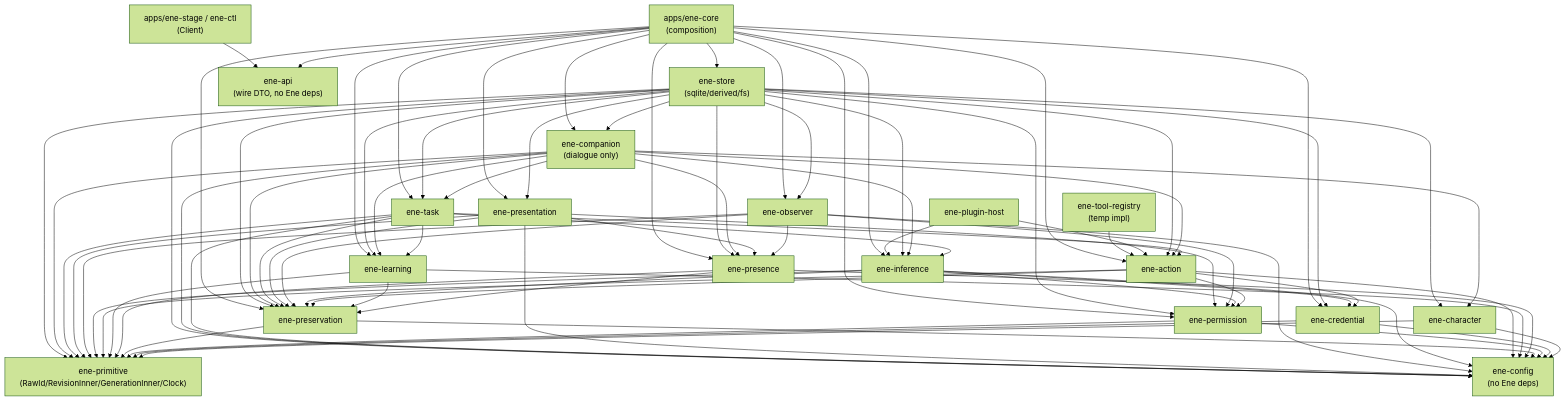
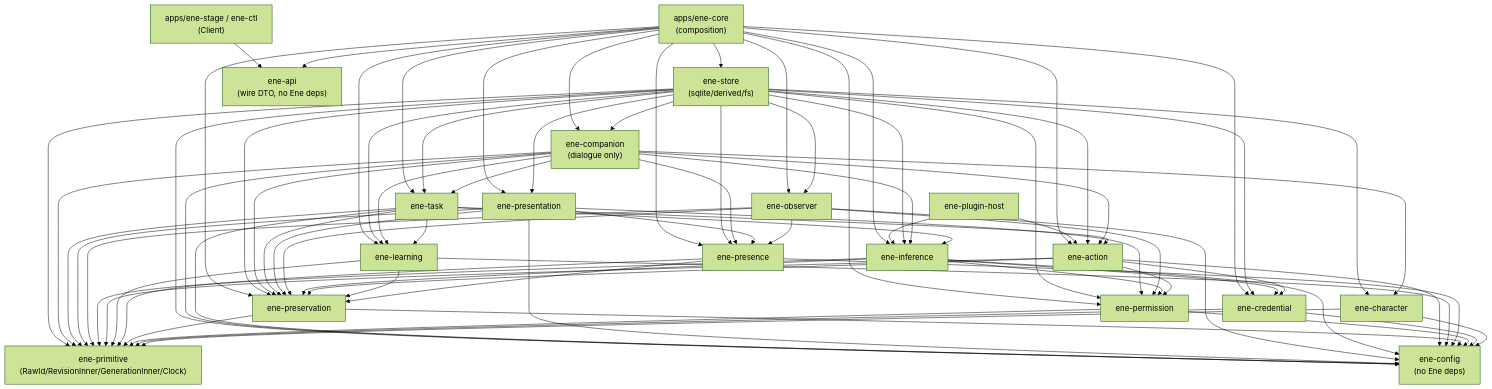
One commit to pexisgle/ene changed the diagram in docs/design/concrete/crate-module-decomposition.md. Above: the diagram before and after it, drawn with Mermaid (forest theme). The commit also changed other lines of this file and 3 other files, not shown here.

```diff
--- a/docs/design/concrete/crate-module-decomposition.md
+++ b/docs/design/concrete/crate-module-decomposition.md
@@ -309,7 +305,6 @@
   store["ene-store<br/>(sqlite/derived/fs)"]
   api["ene-api<br/>(wire DTO, no Ene deps)"]
   phost["ene-plugin-host"]
-  treg["ene-tool-registry<br/>(temp impl)"]
   core["apps/ene-core<br/>(composition)"]
   stage["apps/ene-stage / ene-ctl<br/>(Client)"]
 
@@ -378,7 +373,6 @@
   store --> presv
   phost --> infer
   phost --> action
-  treg --> action
   core --> comp
   core --> task
   core --> learn
```
